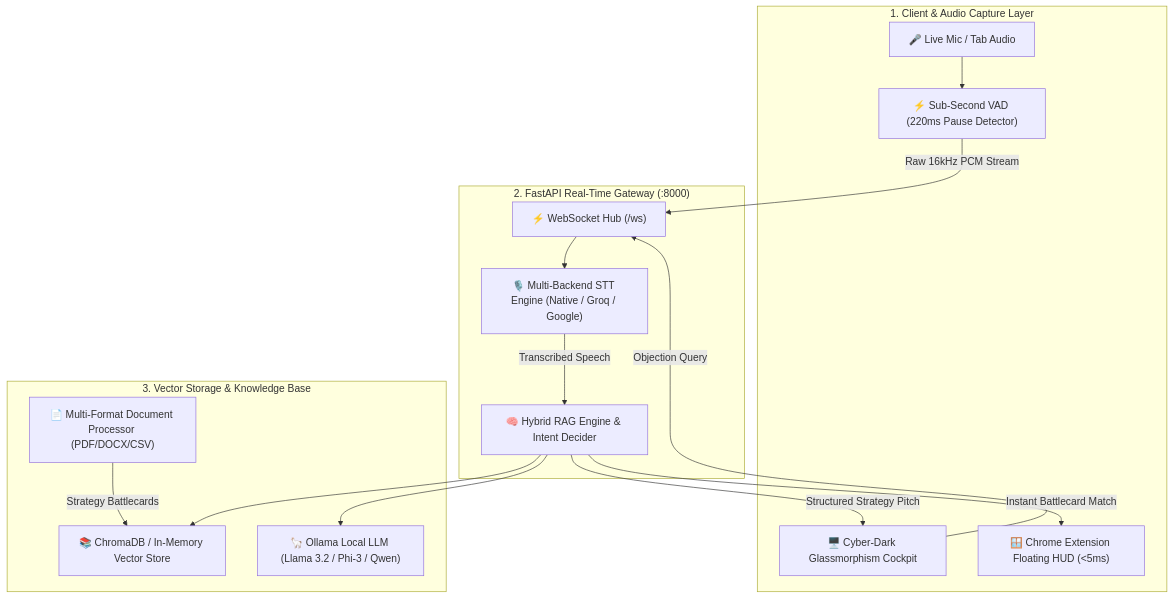
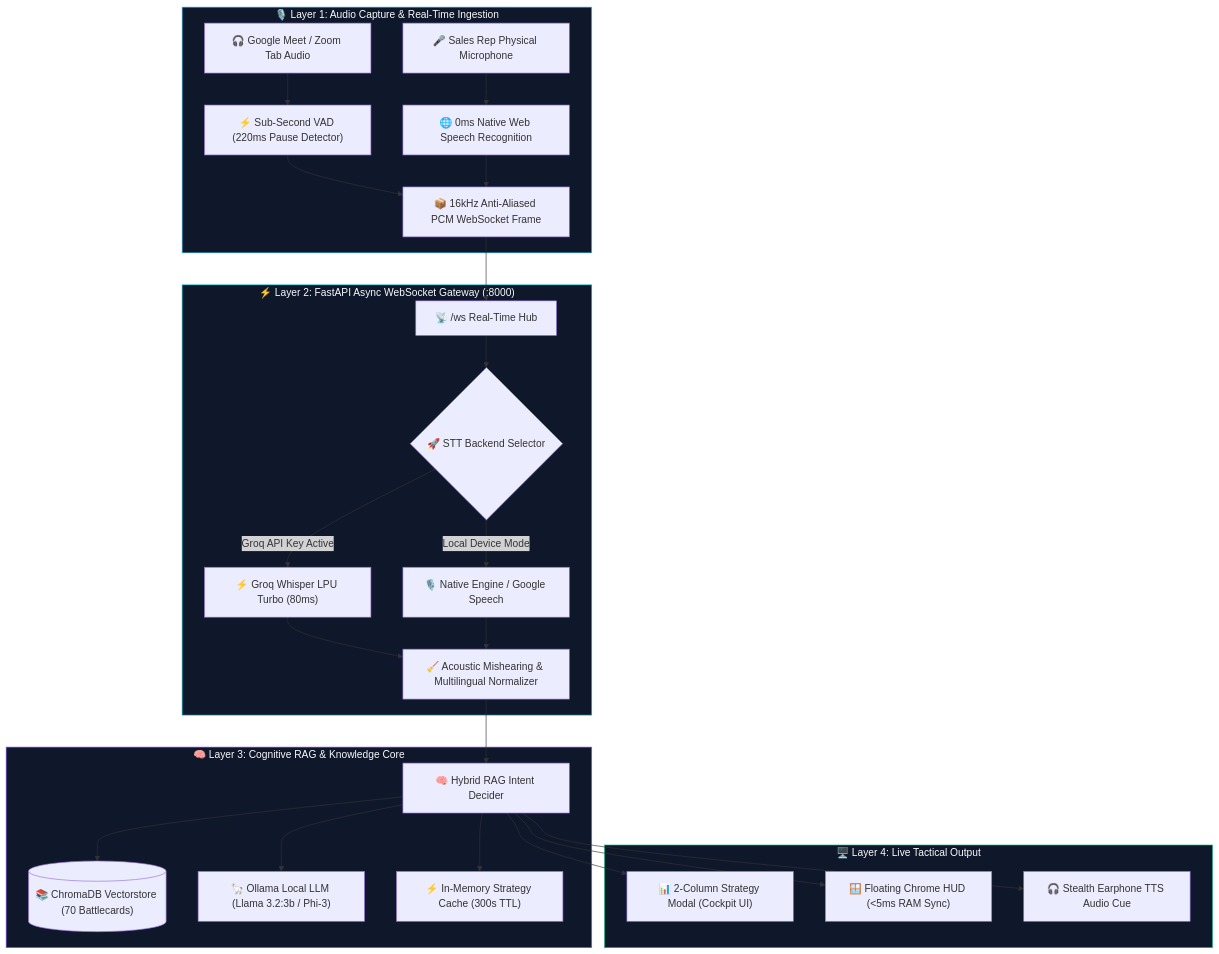
Before and after one commit to muhammadokashapak/XortLogix: the diagram in README.md, drawn with Mermaid. The commit also changed other lines of this file and 1 other file, not shown here.

````diff
--- a/README.md
+++ b/README.md
@@ -38,32 +130,34 @@
 ```mermaid
 flowchart TD
-    subgraph Client ["1. Client & Audio Capture Layer"]
-        Mic["🎤 Live Mic / Tab Audio"]
-        VAD["⚡ Sub-Second VAD (220ms Pause Detector)"]
-        UI["🖥️ Cyber-Dark Glassmorphism Cockpit"]
-        ExtHUD["🪟 Chrome Extension Floating HUD (<5ms)"]
+    subgraph CaptureLayer ["🎙️ Layer 1: Audio Capture & Real-Time Ingestion"]
+        A1["🎧 Google Meet / Zoom Tab Audio"] --> A2["⚡ Sub-Second VAD (220ms Pause Detector)"]
+        A3["🎤 Sales Rep Physical Microphone"] --> A4["🌐 0ms Native Web Speech Recognition"]
+        A2 & A4 --> A5["📦 16kHz Anti-Aliased PCM WebSocket Frame"]
     end
 
-    subgraph Backend ["2. FastAPI Real-Time Gateway (:8000)"]
-        WS["⚡ WebSocket Hub (/ws)"]
-        STT["🎙️ Multi-Backend STT Engine (Native / Groq / Google)"]
-        RAG["🧠 Hybrid RAG Engine & Intent Decider"]
+    subgraph ServerGateway ["⚡ Layer 2: FastAPI Async WebSocket Gateway (:8000)"]
+        A5 --> B1["📡 /ws Real-Time Hub"]
+        B1 --> B2{"🚀 STT Backend Selector"}
+        B2 -->|Groq API Key Active| B3["⚡ Groq Whisper LPU Turbo (80ms)"]
+        B2 -->|Local Device Mode| B4["🎙️ Native Engine / Google Speech"]
+        B3 & B4 --> B5["🧹 Acoustic Mishearing & Multilingual Normalizer"]
     end
 
-    subgraph Intelligence ["3. Vector Storage & Knowledge Base"]
-        Chroma["📚 ChromaDB / In-Memory Vector Store"]
-        DocProc["📄 Multi-Format Document Processor (PDF/DOCX/CSV)"]
-        Ollama["🦙 Ollama Local LLM (Llama 3.2 / Phi-3 / Qwen)"]
+    subgraph IntelligenceEngine ["🧠 Layer 3: Cognitive RAG & Knowledge Core"]
+        B5 --> C1["🧠 Hybrid RAG Intent Decider"]
+        C1 --> C2[("📚 ChromaDB Vectorstore (70 Battlecards)")]
+        C1 --> C3["🦙 Ollama Local LLM (Llama 3.2:3b / Phi-3)"]
+        C1 --> C4["⚡ In-Memory Strategy Cache (300s TTL)"]
     end
 
-    Mic --> VAD
-    VAD -->|Raw 16kHz PCM Stream| WS
-    UI -->|Objection Query| WS
-    WS --> STT
-    STT -->|Transcribed Speech| RAG
-    DocProc -->|Strategy Battlecards| Chroma
-    RAG --> Chroma
-    RAG --> Ollama
-    RAG -->|Structured Strategy Pitch| UI
-    RAG -->|Instant Battlecard Match| ExtHUD
+    subgraph PresentationLayer ["🖥️ Layer 4: Live Tactical Output"]
+        C1 --> D1["📊 2-Column Strategy Modal (Cockpit UI)"]
+        C1 --> D2["🪟 Floating Chrome HUD (<5ms RAM Sync)"]
+        C1 --> D3["🎧 Stealth Earphone TTS Audio Cue"]
+    end
+
+    style CaptureLayer fill:#0f172a,stroke:#38bdf8,color:#f8fafc
+    style ServerGateway fill:#0f172a,stroke:#06b6d4,color:#f8fafc
+    style IntelligenceEngine fill:#0f172a,stroke:#8b5cf6,color:#f8fafc
+    style PresentationLayer fill:#0f172a,stroke:#10b981,color:#f8fafc
 ```
````
